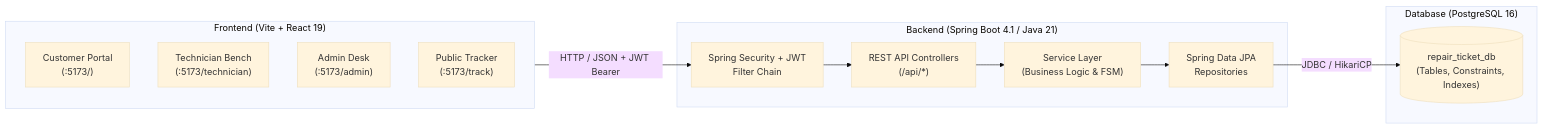
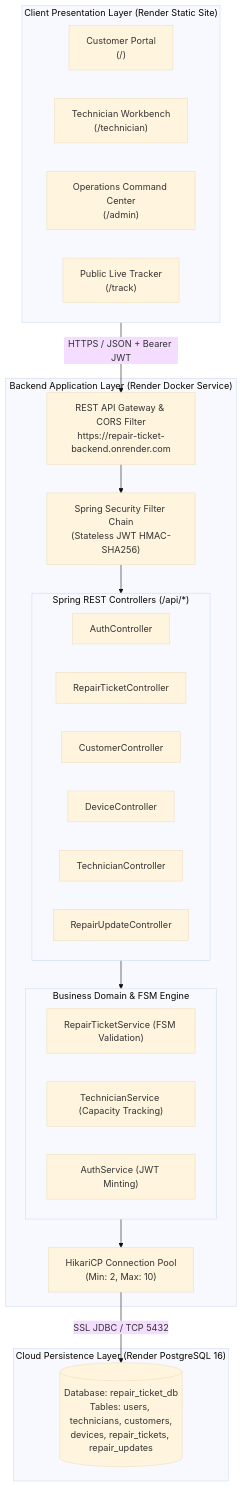
One commit to BHARATHKUMARN66/repair-ticket changed the first of 3 diagrams in README.md. Above: the diagram before and after it, drawn with Mermaid (base theme). The commit also changed other lines of this file, not shown here.

Commit message:
docs: finalize master documentation with live Render URLs and production credentials

````diff
--- a/README.md
+++ b/README.md
@@ -48,26 +48,42 @@
 ```mermaid
-flowchart LR
-    subgraph Frontend ["Frontend (Vite + React 19)"]
-        CP["Customer Portal\n(:5173/)"]
-        TW["Technician Bench\n(:5173/technician)"]
-        AD["Admin Desk\n(:5173/admin)"]
-        PT["Public Tracker\n(:5173/track)"]
+flowchart TD
+    subgraph ClientLayer ["Client Presentation Layer (Render Static Site)"]
+        UI_Cust["Customer Portal\n(/)"]
+        UI_Tech["Technician Workbench\n(/technician)"]
+        UI_Admin["Operations Command Center\n(/admin)"]
+        UI_Track["Public Live Tracker\n(/track)"]
     end
 
-    subgraph Backend ["Backend (Spring Boot 4.1 / Java 21)"]
-        SEC["Spring Security + JWT\nFilter Chain"]
-        REST["REST API Controllers\n(/api/*)"]
-        SRV["Service Layer\n(Business Logic & FSM)"]
-        JPA["Spring Data JPA\nRepositories"]
+    subgraph APILayer ["Backend Application Layer (Render Docker Service)"]
+        GW["REST API Gateway & CORS Filter\nhttps://repair-ticket-backend.onrender.com"]
+        SEC["Spring Security Filter Chain\n(Stateless JWT HMAC-SHA256)"]
+        
+        subgraph Controllers ["Spring REST Controllers (/api/*)"]
+            C_Auth["AuthController"]
+            C_Ticket["RepairTicketController"]
+            C_Cust["CustomerController"]
+            C_Dev["DeviceController"]
+            C_Tech["TechnicianController"]
+            C_Upd["RepairUpdateController"]
+        end
+
+        subgraph CoreService ["Business Domain & FSM Engine"]
+            S_Ticket["RepairTicketService (FSM Validation)"]
+            S_Tech["TechnicianService (Capacity Tracking)"]
+            S_Auth["AuthService (JWT Minting)"]
+        end
+
+        HIKARI["HikariCP Connection Pool\n(Min: 2, Max: 10)"]
     end
 
-    subgraph Database ["Database (PostgreSQL 16)"]
-        PG[("repair_ticket_db\n(Tables, Constraints, Indexes)")]
+    subgraph DataLayer ["Cloud Persistence Layer (Render PostgreSQL 16)"]
+        DB[("Database: repair_ticket_db\nTables: users, technicians, customers,\ndevices, repair_tickets, repair_updates")]
     end
 
-    Frontend -->|HTTP / JSON + JWT Bearer| SEC
-    SEC --> REST
-    REST --> SRV
-    SRV --> JPA
-    JPA -->|JDBC / HikariCP| PG
+    ClientLayer -->|HTTPS / JSON + Bearer JWT| GW
+    GW --> SEC
+    SEC --> Controllers
+    Controllers --> CoreService
+    CoreService --> HIKARI
+    HIKARI -->|SSL JDBC / TCP 5432| DB
 ```
````
